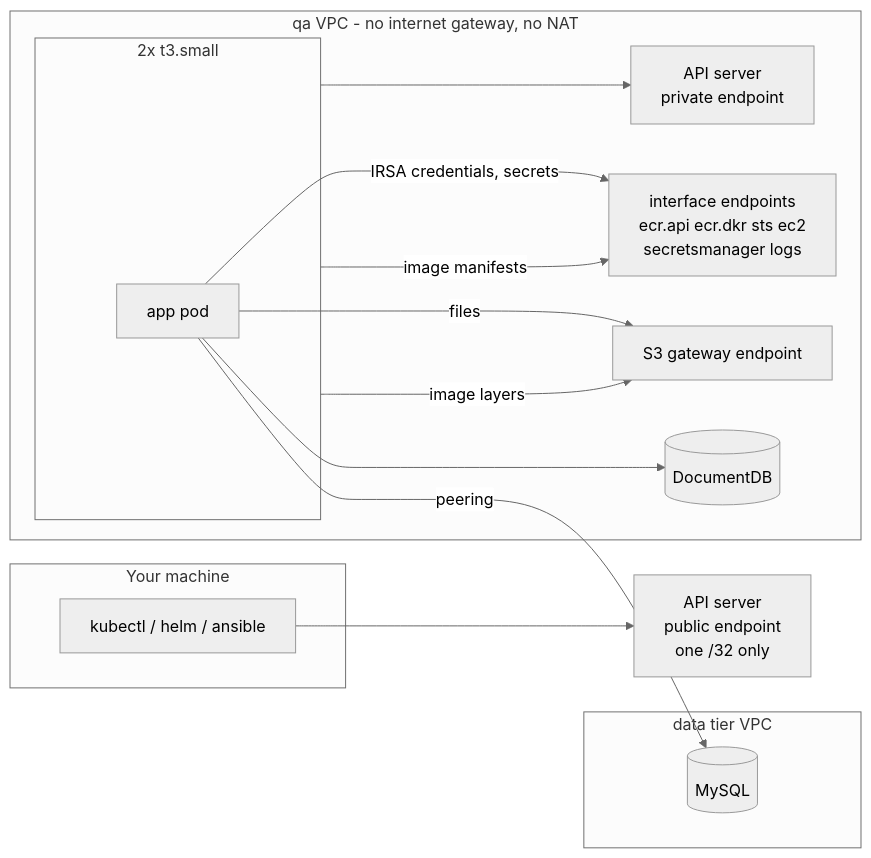
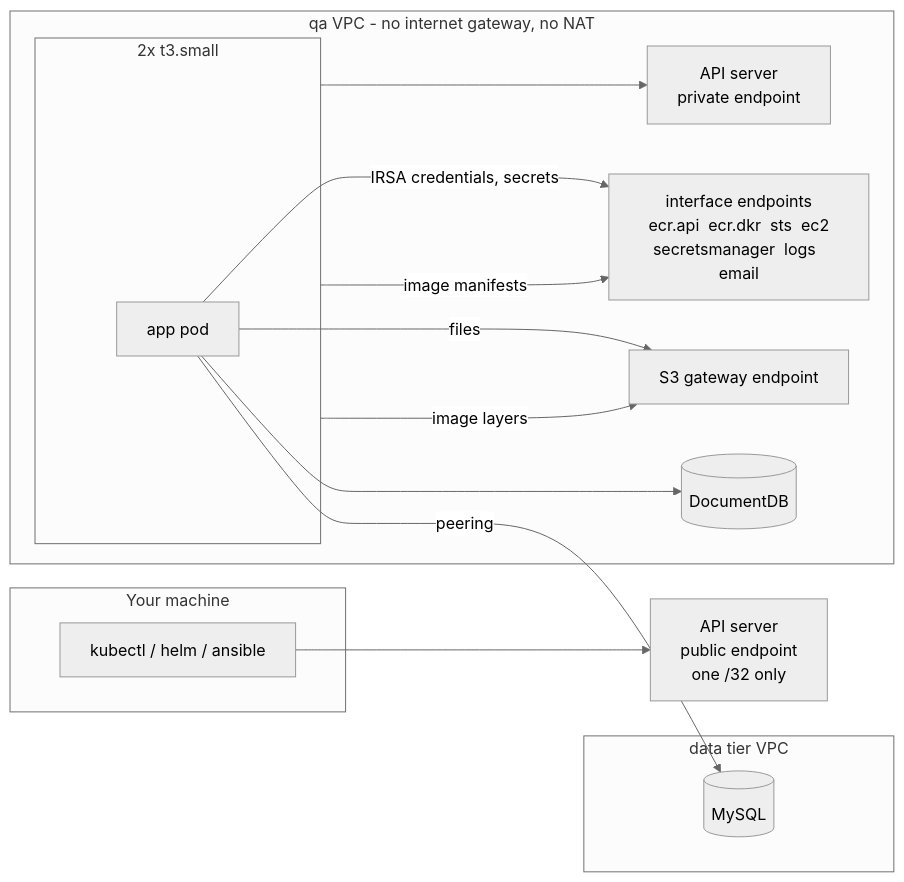
Before and after one commit to elpendex123/mongo-dcu-pipeline: the diagram in docs/KUBERNETES.md, drawn with Mermaid (neutral theme). The commit also changed other lines of this file and 7 other files, not shown here.

````diff
--- a/docs/KUBERNETES.md
+++ b/docs/KUBERNETES.md
@@ -54,28 +54,28 @@
 ```mermaid
 flowchart LR
     subgraph Laptop["Your machine"]
         K["kubectl / helm / ansible"]
     end
     subgraph QA["qa VPC - no internet gateway, no NAT"]
         API_PRIV["API server<br/>private endpoint"]
         subgraph Nodes["2x t3.small"]
             POD["app pod"]
         end
-        EP["interface endpoints<br/>ecr.api  ecr.dkr  sts  ec2<br/>secretsmanager  logs"]
+        EP["interface endpoints<br/>ecr.api  ecr.dkr  sts  ec2<br/>secretsmanager  logs  email"]
         S3GW["S3 gateway endpoint"]
         DOC[("DocumentDB")]
     end
     subgraph DATA["data tier VPC"]
         RDS[("MySQL")]
     end
     API_PUB["API server<br/>public endpoint<br/>one /32 only"]
 
     K --> API_PUB
     Nodes --> API_PRIV
     Nodes -->|image manifests| EP
     Nodes -->|image layers| S3GW
     POD -->|IRSA credentials, secrets| EP
     POD -->|files| S3GW
     POD --> DOC
     POD -->|peering| RDS
 ```
````
